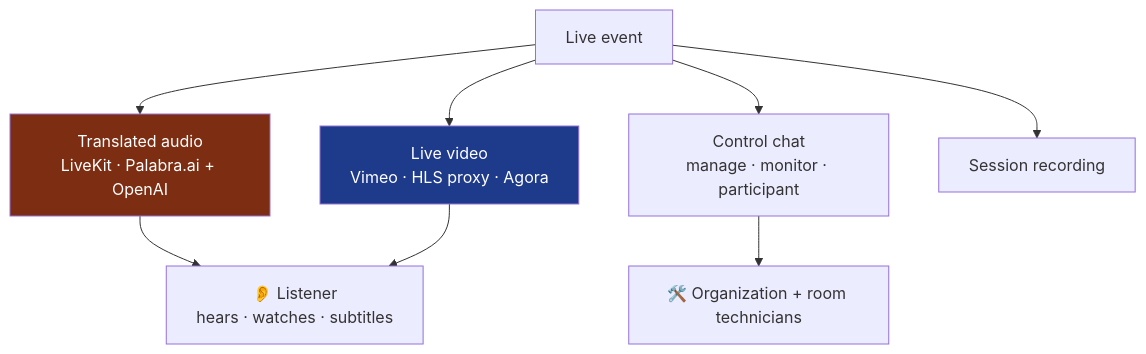
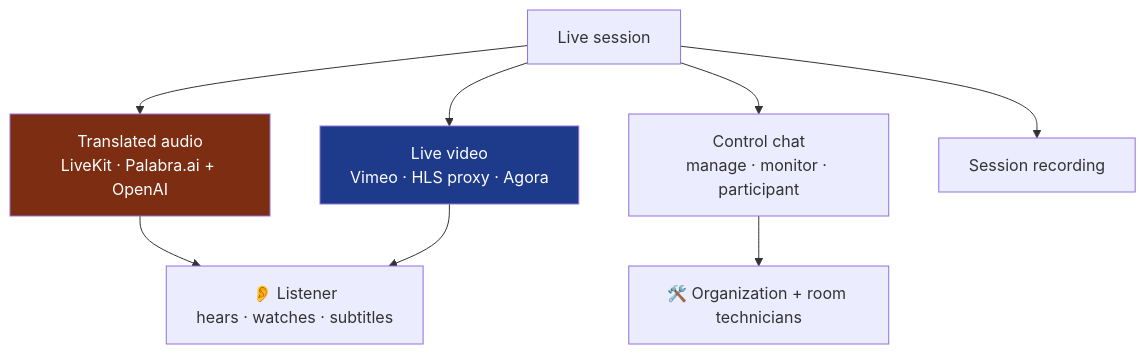
Before and after one commit to aleglope/production-systems-case-studies: the second of 2 diagrams in projects/audionow.md, drawn with Mermaid. The commit also changed other lines of this file and 27 other files, not shown here.

````diff
--- a/projects/audionow.md
+++ b/projects/audionow.md
@@ -50,13 +50,13 @@
 ```mermaid
 flowchart TB
-    EV["Live event"] --> AUD["Translated audio<br/>LiveKit · Palabra.ai + OpenAI"]
+    EV["Live session"] --> AUD["Translated audio<br/>LiveKit · Palabra.ai + OpenAI"]
     EV --> VID["Live video<br/>Vimeo · HLS proxy · Agora"]
     EV --> CHAT["Control chat<br/>manage · monitor · participant"]
     EV --> REC["Session recording"]
     AUD --> LIST["👂 Listener<br/>hears · watches · subtitles"]
     VID --> LIST
     CHAT --> ORG["🛠️ Organization + room technicians"]
 
     style AUD fill:#7c2d12,color:#fff
     style VID fill:#1e3a8a,color:#fff
 ```
````
